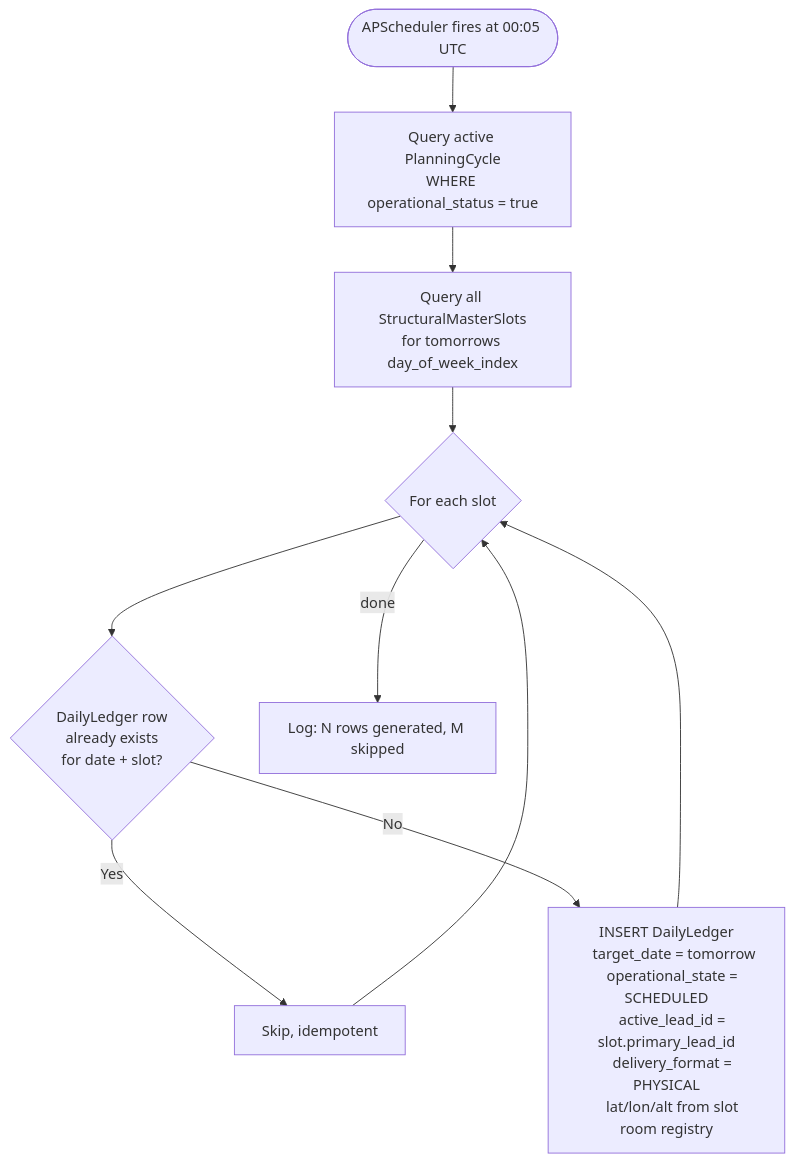
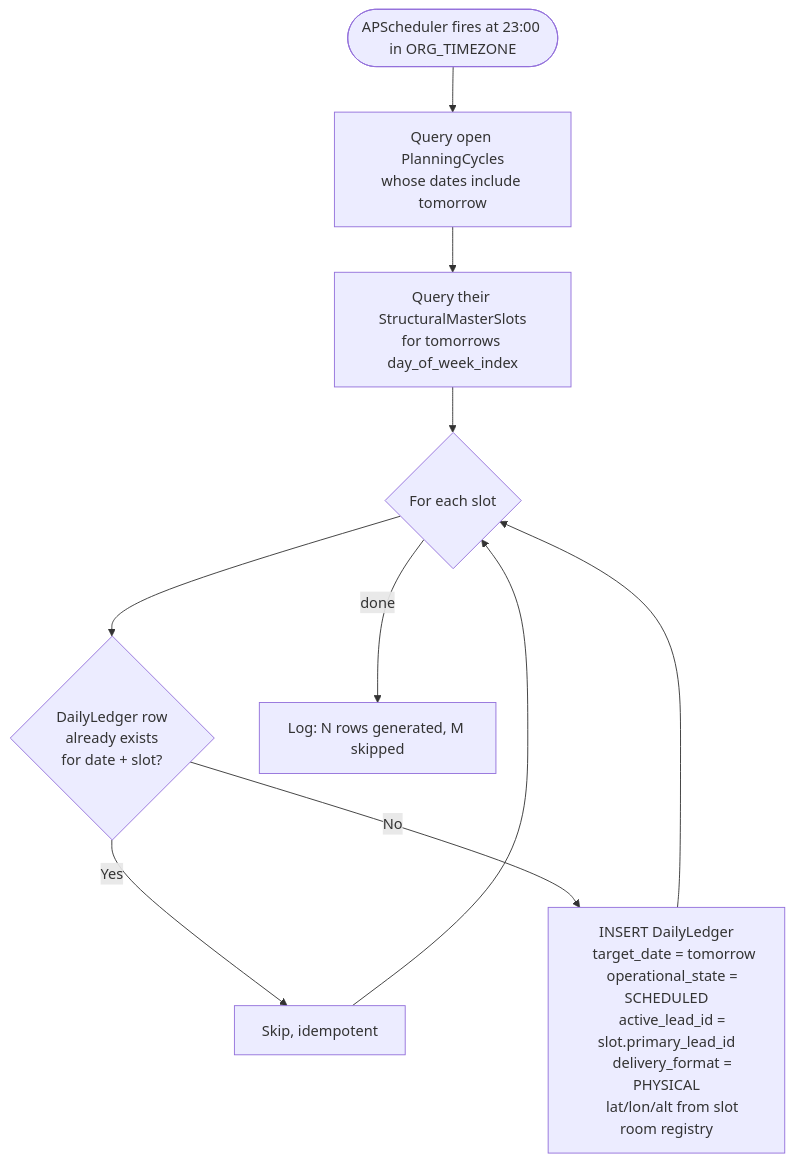
One commit to Life-Experimentalist/Chronos-Ledger changed the fourth of 4 diagrams in docs/flows.md. Above: the diagram before and after it, drawn with Mermaid. The commit also changed other lines of this file and 19 other files, not shown here.

````diff
--- a/docs/flows.md
+++ b/docs/flows.md
@@ -139,23 +139,23 @@
 ```mermaid
 flowchart TD
-    T([APScheduler fires at 00:05 UTC]) --> Q1
+    T([APScheduler fires at 23:00 in ORG_TIMEZONE]) --> Q1
 
-    Q1[Query active PlanningCycle<br/>WHERE operational_status = true] --> Q2
-    Q2[Query all StructuralMasterSlots<br/>for tomorrows day_of_week_index] --> LOOP
+    Q1[Query open PlanningCycles<br/>whose dates include tomorrow] --> Q2
+    Q2[Query their StructuralMasterSlots<br/>for tomorrows day_of_week_index] --> LOOP
 
     LOOP{For each slot} --> CHK
 
     CHK{DailyLedger row<br/>already exists<br/>for date + slot?}
     CHK -->|Yes| SKIP[Skip, idempotent]
     CHK -->|No| INS
 
     INS[INSERT DailyLedger
     target_date = tomorrow
     operational_state = SCHEDULED
     active_lead_id = slot.primary_lead_id
     delivery_format = PHYSICAL
     lat/lon/alt from slot room registry] --> LOOP
 
     SKIP --> LOOP
     LOOP -->|done| LOG[Log: N rows generated, M skipped]
 ```
````
